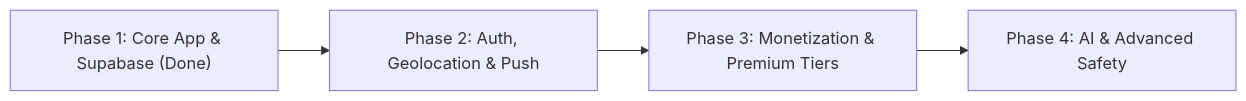
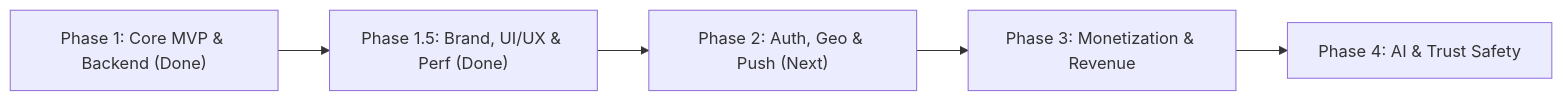
The diagram in ROADMAP.md (venky24K/crush), drawn with Mermaid before and after one commit. The commit also changed other lines of this file, not shown here.

Commit message:
docs: update product roadmap with Phase 1.5 achievements and refined milestones

````diff
--- a/ROADMAP.md
+++ b/ROADMAP.md
@@ -9,6 +9,7 @@
 ```mermaid
 flowchart LR
-    A["Phase 1: Core App & Supabase (Done)"] --> B["Phase 2: Auth, Geolocation & Push"]
-    B --> C["Phase 3: Monetization & Premium Tiers"]
-    C --> D["Phase 4: AI & Advanced Safety"]
+    A["Phase 1: Core MVP & Backend (Done)"] --> B["Phase 1.5: Brand, UI/UX & Perf (Done)"]
+    B --> C["Phase 2: Auth, Geo & Push (Next)"]
+    C --> D["Phase 3: Monetization & Revenue"]
+    D --> E["Phase 4: AI & Trust Safety"]
 ```
````
